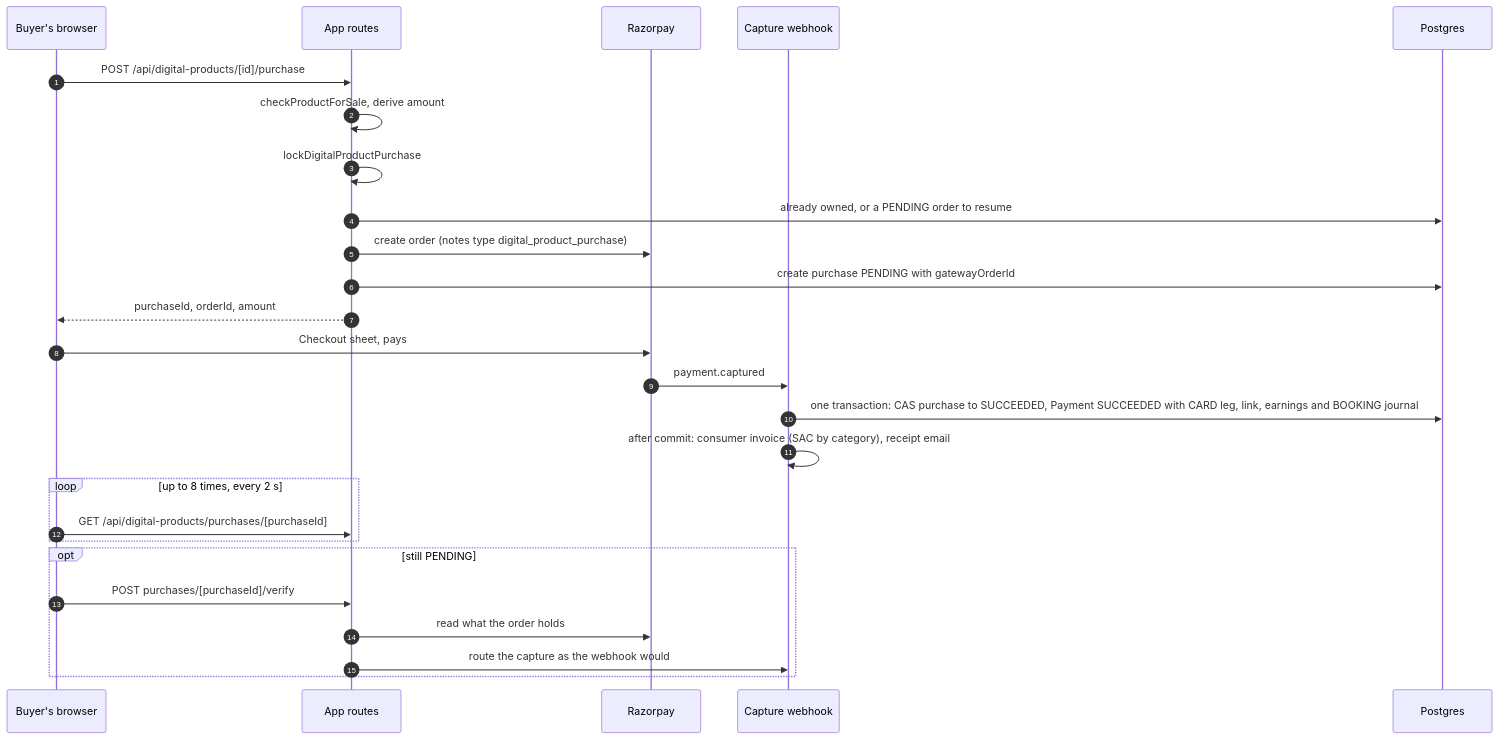
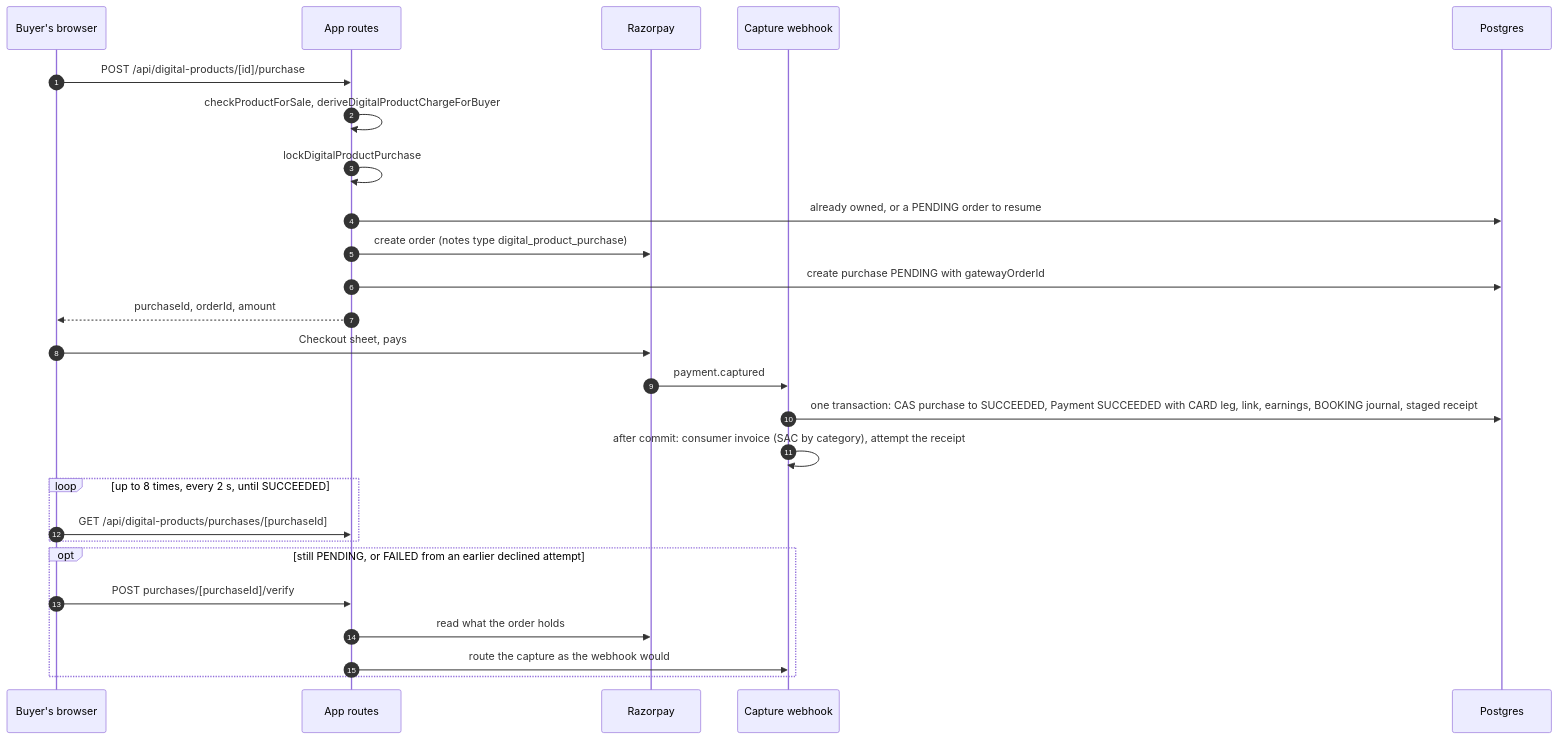
The fifth of 6 diagrams in docs/digital-products/01-architecture.md (Practitionist/familiarise_web), drawn with Mermaid before and after one commit. The commit also changed other lines of this file and 1 other file, not shown here.

First line of the commit message:
docs(digital-products): write-once uploads, lineage versions, failed-order recovery and receipt staging

````diff
--- a/docs/digital-products/01-architecture.md
+++ b/docs/digital-products/01-architecture.md
@@ -128,28 +134,28 @@
 ```mermaid
 sequenceDiagram
   autonumber
   participant B as Buyer's browser
   participant API as App routes
   participant RP as Razorpay
   participant WH as Capture webhook
   participant DB as Postgres
   B->>API: POST /api/digital-products/[id]/purchase
-  API->>API: checkProductForSale, derive amount
+  API->>API: checkProductForSale, deriveDigitalProductChargeForBuyer
   API->>API: lockDigitalProductPurchase
   API->>DB: already owned, or a PENDING order to resume
   API->>RP: create order (notes type digital_product_purchase)
   API->>DB: create purchase PENDING with gatewayOrderId
   API-->>B: purchaseId, orderId, amount
   B->>RP: Checkout sheet, pays
   RP->>WH: payment.captured
-  WH->>DB: one transaction: CAS purchase to SUCCEEDED, Payment SUCCEEDED with CARD leg, link, earnings and BOOKING journal
-  WH->>WH: after commit: consumer invoice (SAC by category), receipt email
-  loop up to 8 times, every 2 s
+  WH->>DB: one transaction: CAS purchase to SUCCEEDED, Payment SUCCEEDED with CARD leg, link, earnings, BOOKING journal, staged receipt
+  WH->>WH: after commit: consumer invoice (SAC by category), attempt the receipt
+  loop up to 8 times, every 2 s, until SUCCEEDED
     B->>API: GET /api/digital-products/purchases/[purchaseId]
   end
-  opt still PENDING
+  opt still PENDING, or FAILED from an earlier declined attempt
     B->>API: POST purchases/[purchaseId]/verify
     API->>RP: read what the order holds
     API->>WH: route the capture as the webhook would
   end
 ```
````
